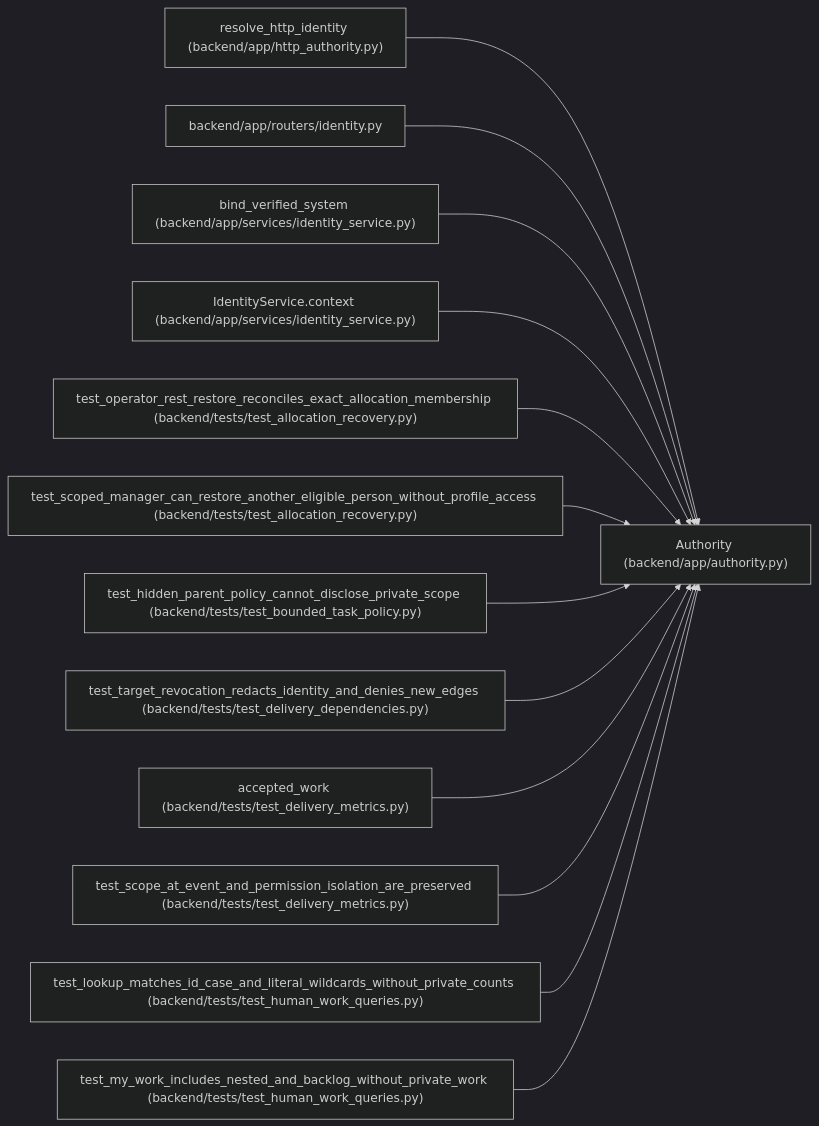
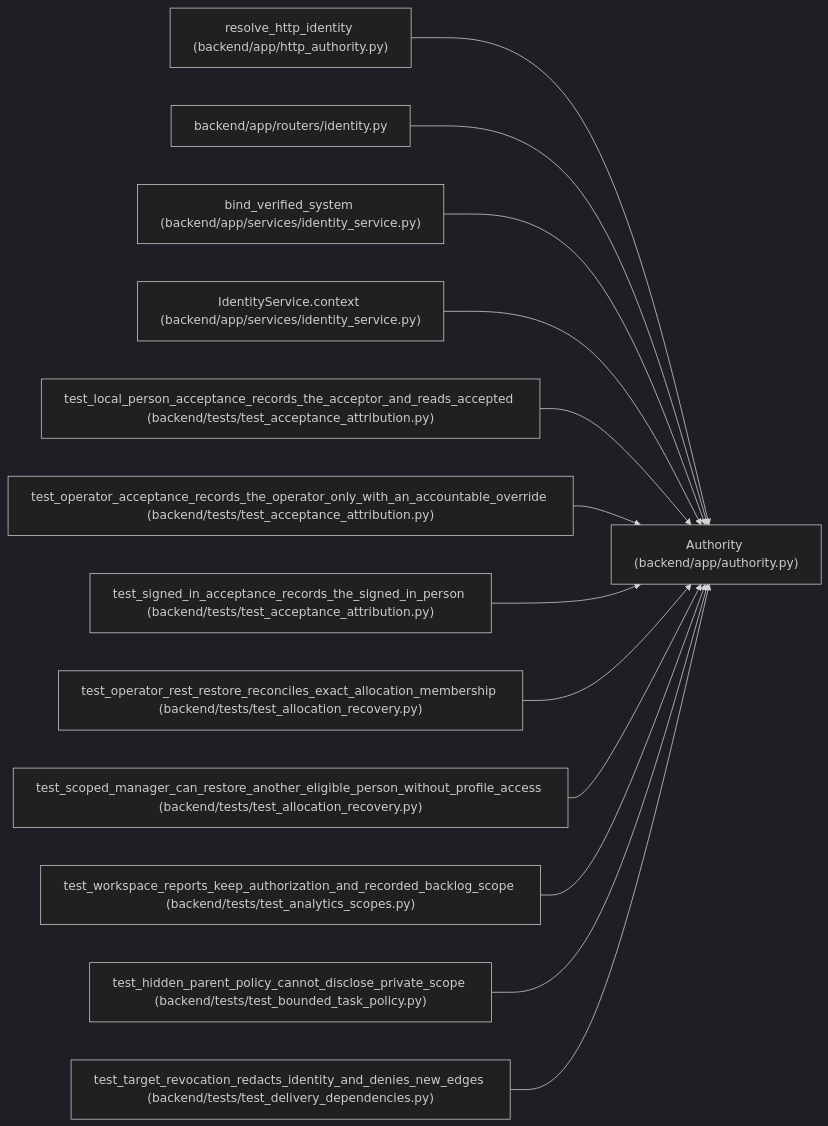
One commit to Denissvgn/WorkChord changed the diagram in docs/llm_wiki/entities/Authority.md. Above: the diagram before and after it, drawn with Mermaid (dark theme). The commit also changed other lines of this file and 2373 other files, not shown here.

````diff
--- a/docs/llm_wiki/entities/Authority.md
+++ b/docs/llm_wiki/entities/Authority.md
@@ -46,41 +46,41 @@
 ```mermaid
 flowchart LR
     n0["Authority (backend/app/authority.py)"]
     n1["resolve_http_identity (backend/app/http_authority.py)"]
     n2["backend/app/routers/identity.py"]
     n3["bind_verified_system (backend/app/services/identity_service.py)"]
     n4["IdentityService.context (backend/app/services/identity_service.py)"]
-    n5["test_operator_rest_restore_reconciles_exact_allocation_membership (backend/tests/test_allocation_recovery.py)"]
-    n6["test_scoped_manager_can_restore_another_eligible_person_without_profile_access (backend/tests/test_allocation_recovery.py)"]
-    n7["test_hidden_parent_policy_cannot_disclose_private_scope (backend/tests/test_bounded_task_policy.py)"]
-    n8["test_target_revocation_redacts_identity_and_denies_new_edges (backend/tests/test_delivery_dependencies.py)"]
-    n9["accepted_work (backend/tests/test_delivery_metrics.py)"]
-    n10["test_scope_at_event_and_permission_isolation_are_preserved (backend/tests/test_delivery_metrics.py)"]
-    n11["test_lookup_matches_id_case_and_literal_wildcards_without_private_counts (backend/tests/test_human_work_queries.py)"]
-    n12["test_my_work_includes_nested_and_backlog_without_private_work (backend/tests/test_human_work_queries.py)"]
+    n5["test_local_person_acceptance_records_the_acceptor_and_reads_accepted (backend/tests/test_acceptance_attribution.py)"]
+    n6["test_operator_acceptance_records_the_operator_only_with_an_accountable_override (backend/tests/test_acceptance_attribution.py)"]
+    n7["test_signed_in_acceptance_records_the_signed_in_person (backend/tests/test_acceptance_attribution.py)"]
+    n8["test_operator_rest_restore_reconciles_exact_allocation_membership (backend/tests/test_allocation_recovery.py)"]
+    n9["test_scoped_manager_can_restore_another_eligible_person_without_profile_access (backend/tests/test_allocation_recovery.py)"]
+    n10["test_workspace_reports_keep_authorization_and_recorded_backlog_scope (backend/tests/test_analytics_scopes.py)"]
+    n11["test_hidden_parent_policy_cannot_disclose_private_scope (backend/tests/test_bounded_task_policy.py)"]
+    n12["test_target_revocation_redacts_identity_and_denies_new_edges (backend/tests/test_delivery_dependencies.py)"]
     n1 --> n0
     n2 --> n0
     n3 --> n0
     n4 --> n0
     n5 --> n0
     n6 --> n0
     n7 --> n0
     n8 --> n0
     n9 --> n0
     n10 --> n0
     n11 --> n0
     n12 --> n0
     click n0 "../modules/authority.md"
     click n1 "../modules/http_authority.md"
     click n2 "../modules/routers_identity.md"
     click n3 "../modules/identity_service.md"
     click n4 "../modules/identity_service.md"
-    click n5 "../modules/test_allocation_recovery.md"
-    click n6 "../modules/test_allocation_recovery.md"
-    click n7 "../modules/test_bounded_task_policy.md"
-    click n8 "../modules/test_delivery_dependencies.md"
-    click n9 "../modules/test_delivery_metrics.md"
-    click n10 "../modules/test_delivery_metrics.md"
-    click n11 "../modules/test_human_work_queries.md"
-    click n12 "../modules/test_human_work_queries.md"
+    click n5 "../modules/test_acceptance_attribution.md"
+    click n6 "../modules/test_acceptance_attribution.md"
+    click n7 "../modules/test_acceptance_attribution.md"
+    click n8 "../modules/test_allocation_recovery.md"
+    click n9 "../modules/test_allocation_recovery.md"
+    click n10 "../modules/test_analytics_scopes.md"
+    click n11 "../modules/test_bounded_task_policy.md"
+    click n12 "../modules/test_delivery_dependencies.md"
 ```
````
